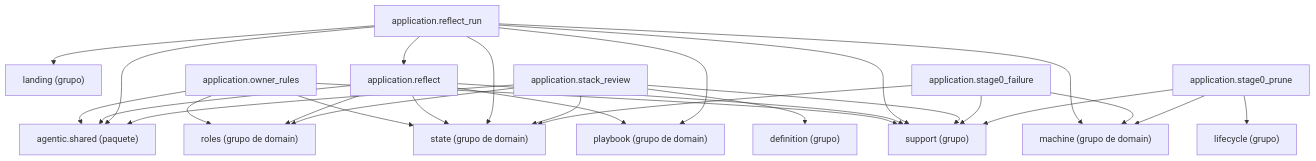
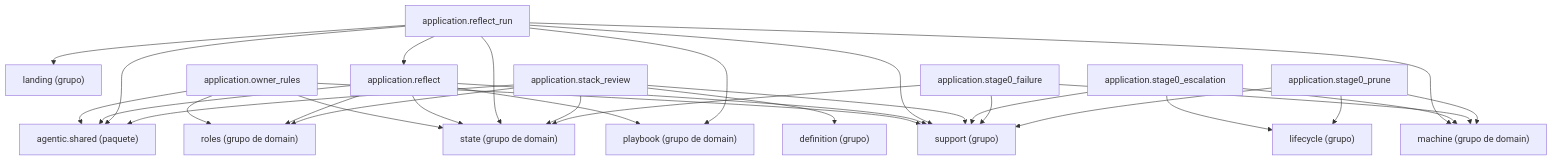
Before and after one commit to GonzaloZevallos/agentic-system: the diagram in docs/architecture/generated/packages-process-application-reflection.md, drawn with Mermaid. The commit also changed 5 other files, not shown here.

````diff
--- a/docs/architecture/generated/packages-process-application-reflection.md
+++ b/docs/architecture/generated/packages-process-application-reflection.md
@@ -16,45 +16,49 @@
 ```mermaid
 graph TD
     g_application__definition["definition (grupo)"]
     g_application__landing["landing (grupo)"]
     g_application__lifecycle["lifecycle (grupo)"]
     g_application__support["support (grupo)"]
     g_domain__machine["machine (grupo de domain)"]
     g_domain__playbook["playbook (grupo de domain)"]
     g_domain__roles["roles (grupo de domain)"]
     g_domain__state["state (grupo de domain)"]
     g_pkg__agentic__shared["agentic.shared (paquete)"]
     m_application__owner_rules["application.owner_rules"]
     m_application__reflect["application.reflect"]
     m_application__reflect_run["application.reflect_run"]
     m_application__stack_review["application.stack_review"]
+    m_application__stage0_escalation["application.stage0_escalation"]
     m_application__stage0_failure["application.stage0_failure"]
     m_application__stage0_prune["application.stage0_prune"]
     m_application__owner_rules --> g_application__support
     m_application__owner_rules --> g_domain__roles
     m_application__owner_rules --> g_domain__state
     m_application__owner_rules --> g_pkg__agentic__shared
     m_application__reflect --> g_application__support
     m_application__reflect --> g_domain__playbook
     m_application__reflect --> g_domain__roles
     m_application__reflect --> g_domain__state
     m_application__reflect --> g_pkg__agentic__shared
     m_application__reflect_run --> g_application__landing
     m_application__reflect_run --> g_application__support
     m_application__reflect_run --> g_domain__machine
     m_application__reflect_run --> g_domain__playbook
     m_application__reflect_run --> g_domain__state
     m_application__reflect_run --> g_pkg__agentic__shared
     m_application__reflect_run --> m_application__reflect
     m_application__stack_review --> g_application__definition
     m_application__stack_review --> g_application__support
     m_application__stack_review --> g_domain__roles
     m_application__stack_review --> g_domain__state
     m_application__stack_review --> g_pkg__agentic__shared
+    m_application__stage0_escalation --> g_application__lifecycle
+    m_application__stage0_escalation --> g_application__support
+    m_application__stage0_escalation --> g_domain__machine
     m_application__stage0_failure --> g_application__support
     m_application__stage0_failure --> g_domain__machine
     m_application__stage0_failure --> g_domain__state
     m_application__stage0_prune --> g_application__lifecycle
     m_application__stage0_prune --> g_application__support
     m_application__stage0_prune --> g_domain__machine
 ```
````
